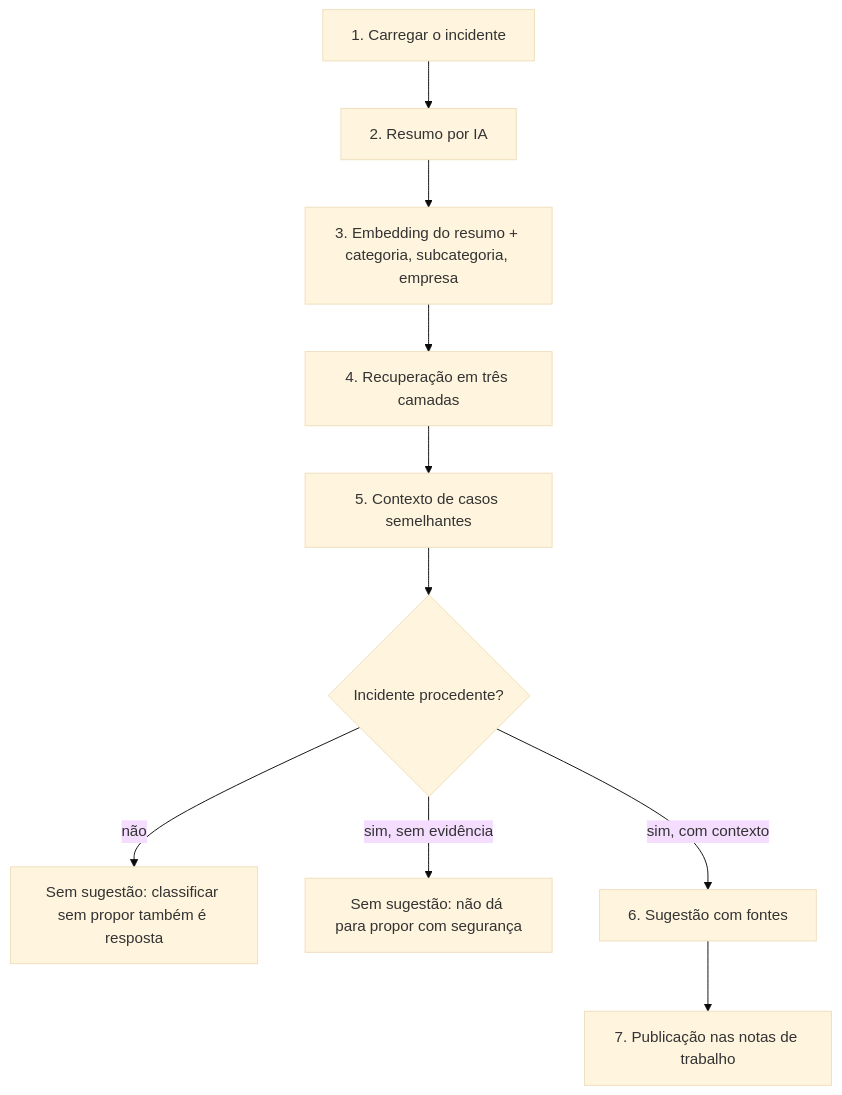
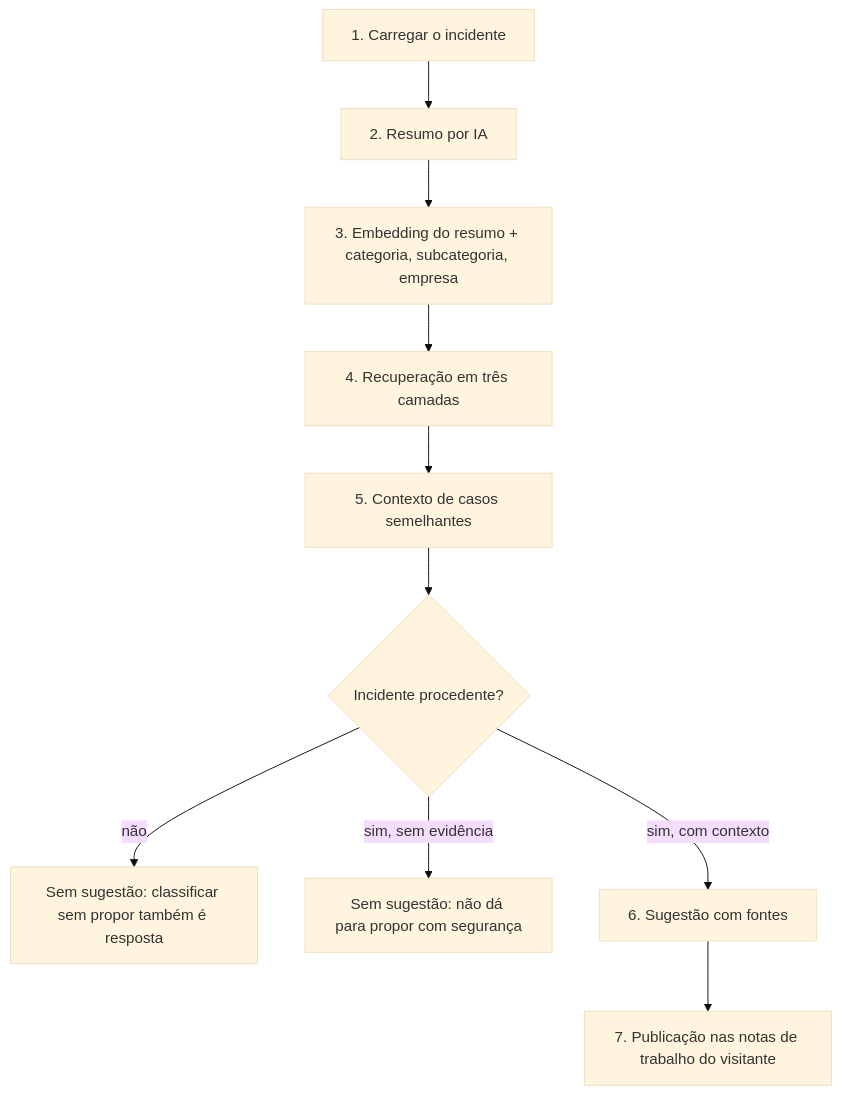
One commit to johnlaff/incident-sense changed the first of 2 diagrams in docs/rag-flow.md. Above: the diagram before and after it, drawn with Mermaid (base theme). The commit also changed other lines of this file and 5 other files, not shown here.

First line of the commit message:
docs: arquitetura, fluxos e diagramas iguais ao código

````diff
--- a/docs/rag-flow.md
+++ b/docs/rag-flow.md
@@ -19,12 +21,12 @@
 ```mermaid
 flowchart TD
     A[1. Carregar o incidente] --> B[2. Resumo por IA]
     B --> C[3. Embedding do resumo + categoria, subcategoria, empresa]
     C --> D[4. Recuperação em três camadas]
     D --> E[5. Contexto de casos semelhantes]
     E --> G{Incidente procedente?}
     G -- não --> X[Sem sugestão: classificar sem propor também é resposta]
     G -- sim, sem evidência --> Y[Sem sugestão: não dá para propor com segurança]
     G -- sim, com contexto --> F[6. Sugestão com fontes]
-    F --> H[7. Publicação nas notas de trabalho]
+    F --> H[7. Publicação nas notas de trabalho do visitante]
 ```
````
